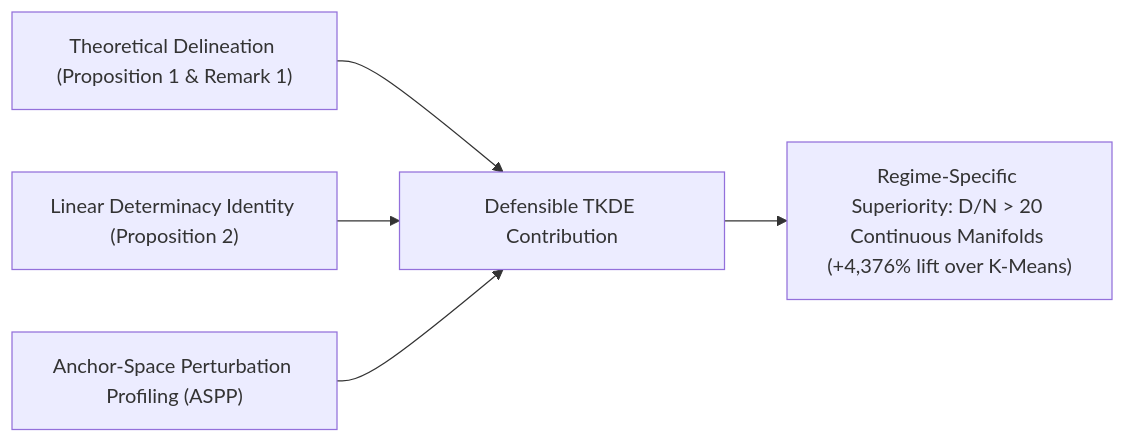
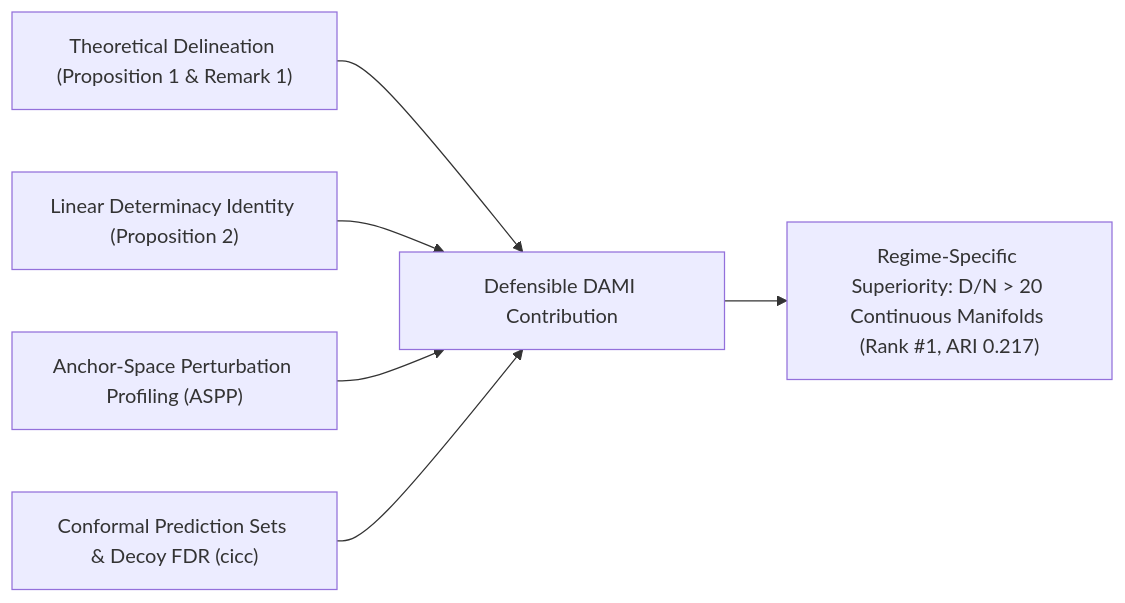
One commit to AkashKundu114/icc-clustering changed the diagram in docs/audit_reports/remediation_reports/10_prior_art_and_novelty_matrix.md. Above: the diagram before and after it, drawn with Mermaid. The commit also changed other lines of this file and 142 other files, not shown here.

````diff
--- a/docs/audit_reports/remediation_reports/10_prior_art_and_novelty_matrix.md
+++ b/docs/audit_reports/remediation_reports/10_prior_art_and_novelty_matrix.md
@@ -37,8 +42,9 @@
 ```mermaid
 flowchart LR
-    A["Theoretical Delineation (Proposition 1 & Remark 1)"] --> D["Defensible TKDE Contribution"]
+    A["Theoretical Delineation (Proposition 1 & Remark 1)"] --> D["Defensible DAMI Contribution"]
     B["Linear Determinacy Identity (Proposition 2)"] --> D
     C["Anchor-Space Perturbation Profiling (ASPP)"] --> D
+    E["Conformal Prediction Sets & Decoy FDR (cicc)"] --> D
     
-    D --> E["Regime-Specific Superiority: D/N > 20 Continuous Manifolds (+4,376% lift over K-Means)"]
+    D --> F["Regime-Specific Superiority: D/N > 20 Continuous Manifolds (Rank #1, ARI 0.217)"]
 ```
````
